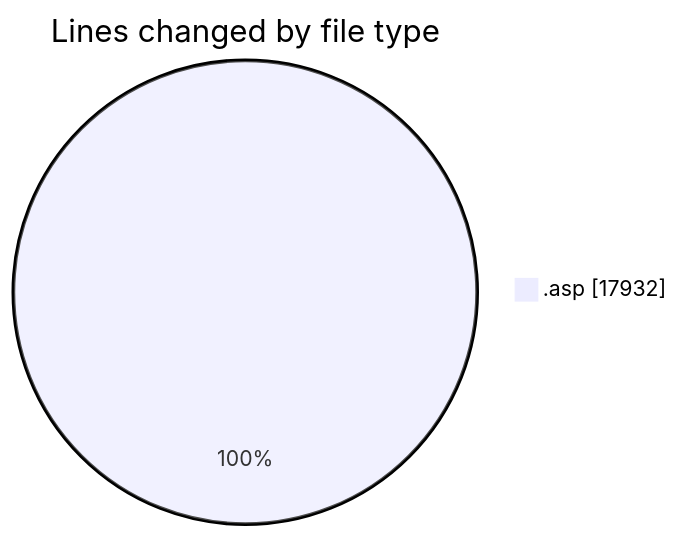
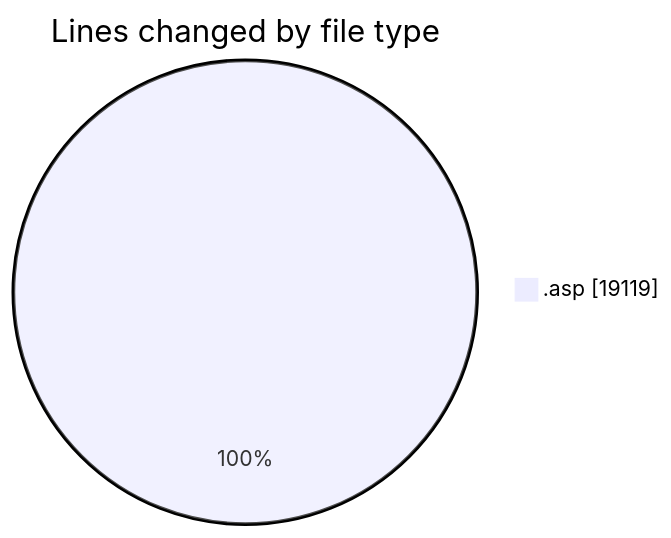
One commit to julien-gomy/code-tracking changed the first of 2 diagrams in 2025-11-01/cdp_aleoudev_fr__workspace_/README.md. Above: the diagram before and after it, drawn with Mermaid. The commit also changed other lines of this file and 1 other file, not shown here.

````diff
--- a/2025-11-01/cdp_aleoudev_fr__workspace_/README.md
+++ b/2025-11-01/cdp_aleoudev_fr__workspace_/README.md
@@ -25,5 +26,5 @@
 ```mermaid
 pie showData
 title Lines changed by file type
-".asp" : 17932
+".asp" : 19119
 ```
````
